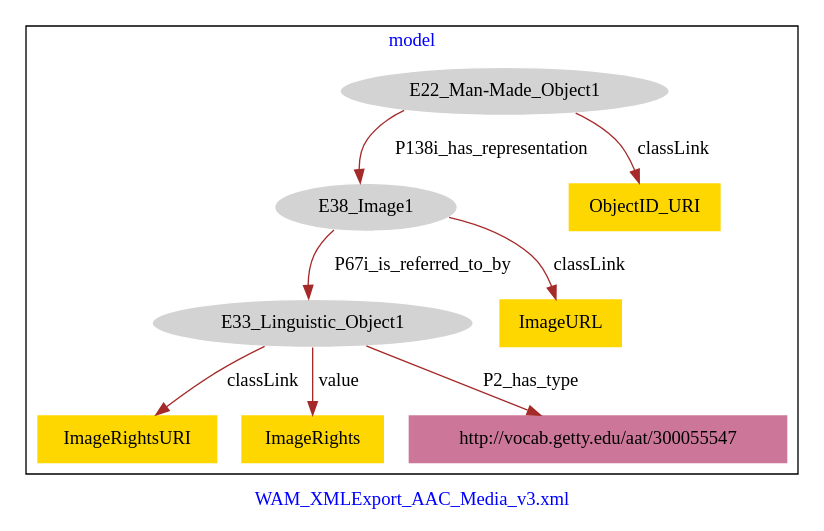
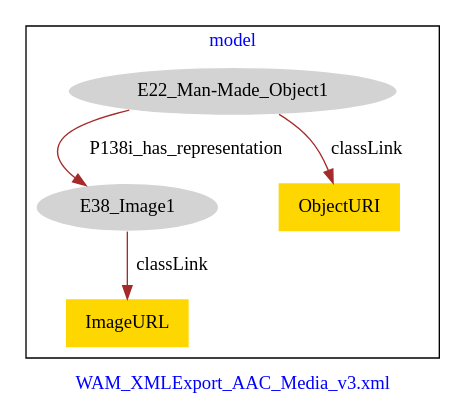
The diagram in WAM_AAC_Media/WAM_AAC_Media-model.dot (american-art/wam), drawn with Graphviz before and after one commit.

Commit message:
Update file WAM_AAC_Media-model.dot

```diff
--- a/WAM_AAC_Media/WAM_AAC_Media-model.dot
+++ b/WAM_AAC_Media/WAM_AAC_Media-model.dot
@@ -1,23 +1,15 @@
 digraph n0 {
 fontcolor="blue"
 remincross="true"
 label="WAM_XMLExport_AAC_Media_v3.xml"
 subgraph cluster {
 label="model"
 n2[style="filled",color="white",fillcolor="lightgray",label="E22_Man-Made_Object1"];
 n3[style="filled",color="white",fillcolor="lightgray",label="E38_Image1"];
-n4[style="filled",color="white",fillcolor="lightgray",label="E33_Linguistic_Object1"];
-n5[shape="plaintext",style="filled",fillcolor="gold",label="ObjectID_URI"];
-n6[shape="plaintext",style="filled",fillcolor="gold",label="ImageURL"];
-n7[shape="plaintext",style="filled",fillcolor="gold",label="ImageRightsURI"];
-n8[shape="plaintext",style="filled",fillcolor="gold",label="ImageRights"];
-n9[shape="plaintext",style="filled",fillcolor="#CC7799",label="http://vocab.getty.edu/aat/300055547"];
+n4[shape="plaintext",style="filled",fillcolor="gold",label="ImageURL"];
+n5[shape="plaintext",style="filled",fillcolor="gold",label="ObjectURI"];
 }
 n2 -> n3[color="brown",fontcolor="black",label="P138i_has_representation"]
-n3 -> n4[color="brown",fontcolor="black",label="P67i_is_referred_to_by"]
+n3 -> n4[color="brown",fontcolor="black",label="classLink"]
 n2 -> n5[color="brown",fontcolor="black",label="classLink"]
-n3 -> n6[color="brown",fontcolor="black",label="classLink"]
-n4 -> n7[color="brown",fontcolor="black",label="classLink"]
-n4 -> n8[color="brown",fontcolor="black",label="value"]
-n4 -> n9[color="brown",fontcolor="black",label="P2_has_type"]
 }
```
